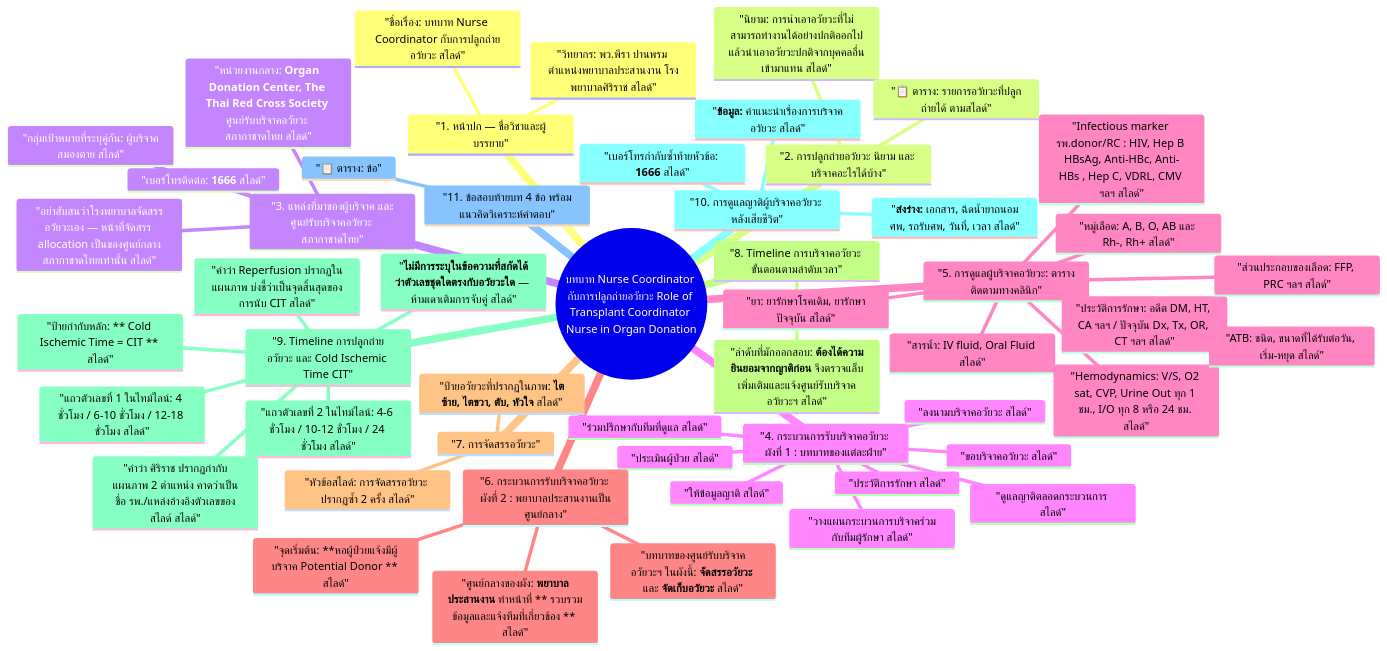
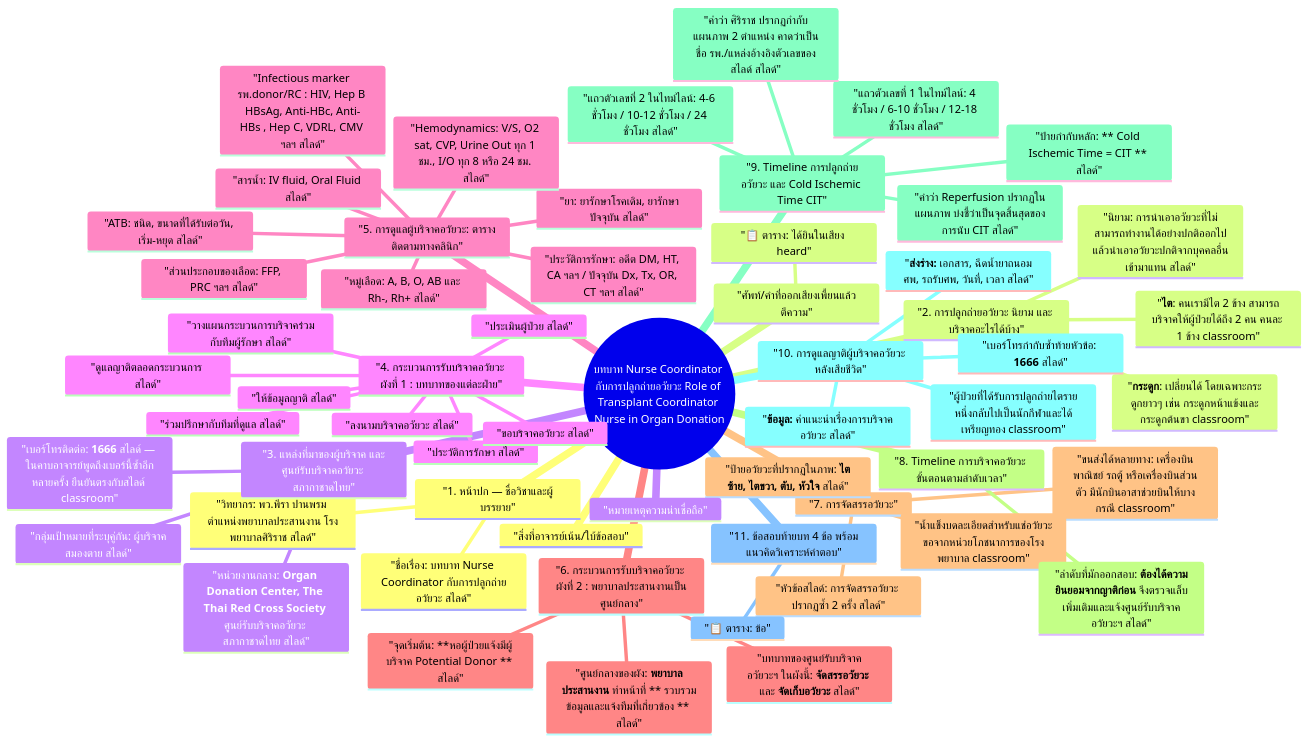
One commit to kttwatt/periop-mu55 changed the diagram in nurse-coordinator/2026-09-03-nurse-coordinator.mmd. Above: the diagram before and after it, drawn with Mermaid. The commit also changed 6 other files, not shown here.

```diff
--- a/nurse-coordinator/2026-09-03-nurse-coordinator.mmd
+++ b/nurse-coordinator/2026-09-03-nurse-coordinator.mmd
@@ -1,53 +1,59 @@
 mindmap
   root((บทบาท Nurse Coordinator กับการปลูกถ่ายอวัยวะ Role of Transplant Coordinator Nurse in Organ Donation))
     "1. หน้าปก — ชื่อวิชาและผู้บรรยาย"
       "ชื่อเรื่อง: บทบาท Nurse Coordinator กับการปลูกถ่ายอวัยวะ สไลด์"
       "วิทยากร: พว.พีรา ปานพรม ตำแหน่งพยาบาลประสานงาน โรงพยาบาลศิริราช สไลด์"
     "2. การปลูกถ่ายอวัยวะ นิยาม และ บริจาคอะไรได้บ้าง"
       "นิยาม: การนำเอาอวัยวะที่ไม่สามารถทำงานได้อย่างปกติออกไปแล้วนำเอาอวัยวะปกติจากบุคคลอื่นเข้ามาแทน สไลด์"
-      "📋 ตาราง: รายการอวัยวะที่ปลูกถ่ายได้ ตามสไลด์"
+      "**ไต**: คนเรามีไต 2 ข้าง สามารถบริจาคให้ผู้ป่วยได้ถึง 2 คน คนละ 1 ข้าง classroom"
+      "**กระดูก**: เปลี่ยนได้ โดยเฉพาะกระดูกยาวๆ เช่น กระดูกหน้าแข้งและกระดูกต้นขา classroom"
     "3. แหล่งที่มาของผู้บริจาค และศูนย์รับบริจาคอวัยวะ สภากาชาดไทย"
       "หน่วยงานกลาง: **Organ Donation Center, The Thai Red Cross Society** ศูนย์รับบริจาคอวัยวะ สภากาชาดไทย สไลด์"
-      "เบอร์โทรติดต่อ: **1666** สไลด์"
+      "เบอร์โทรติดต่อ: **1666** สไลด์ — ในคาบอาจารย์พูดถึงเบอร์นี้ซ้ำอีกหลายครั้ง ยืนยันตรงกับสไลด์ classroom"
       "กลุ่มเป้าหมายที่ระบุคู่กัน: ผู้บริจาคสมองตาย สไลด์"
-      "อย่าสับสนว่าโรงพยาบาลจัดสรรอวัยวะเอง — หน้าที่จัดสรร allocation เป็นของศูนย์กลางสภากาชาดไทยเท่านั้น สไลด์"
     "4. กระบวนการรับบริจาคอวัยวะ ผังที่ 1 : บทบาทของแต่ละฝ่าย"
       "ประเมินผู้ป่วย สไลด์"
       "ประวัติการรักษา สไลด์"
       "ร่วมปรึกษากับทีมที่ดูแล สไลด์"
       "วางแผนกระบวนการบริจาคร่วมกับทีมผู้รักษา สไลด์"
       "ให้ข้อมูลญาติ สไลด์"
       "ขอบริจาคอวัยวะ สไลด์"
       "ลงนามบริจาคอวัยวะ สไลด์"
       "ดูแลญาติตลอดกระบวนการ สไลด์"
     "5. การดูแลผู้บริจาคอวัยวะ: ตารางติดตามทางคลินิก"
       "ประวัติการรักษา: อดีต DM, HT, CA ฯลฯ / ปัจจุบัน Dx, Tx, OR, CT ฯลฯ สไลด์"
       "ยา: ยารักษาโรคเดิม, ยารักษาปัจจุบัน สไลด์"
       "สารน้ำ: IV fluid, Oral Fluid สไลด์"
       "Hemodynamics: V/S, O2 sat, CVP, Urine Out ทุก 1 ชม., I/O ทุก 8 หรือ 24 ชม. สไลด์"
       "หมู่เลือด: A, B, O, AB และ Rh-, Rh+ สไลด์"
       "ส่วนประกอบของเลือด: FFP, PRC ฯลฯ สไลด์"
       "ATB: ชนิด, ขนาดที่ได้รับต่อวัน, เริ่ม-หยุด สไลด์"
       "Infectious marker รพ.donor/RC : HIV, Hep B HBsAg, Anti-HBc, Anti-HBs , Hep C, VDRL, CMV ฯลฯ สไลด์"
     "6. กระบวนการรับบริจาคอวัยวะ ผังที่ 2 : พยาบาลประสานงานเป็นศูนย์กลาง"
       "จุดเริ่มต้น: **หอผู้ป่วยแจ้งมีผู้บริจาค Potential Donor ** สไลด์"
       "ศูนย์กลางของผัง: **พยาบาลประสานงาน** ทำหน้าที่ ** รวบรวมข้อมูลและแจ้งทีมที่เกี่ยวข้อง ** สไลด์"
       "บทบาทของศูนย์รับบริจาคอวัยวะฯ ในผังนี้: **จัดสรรอวัยวะ** และ **จัดเก็บอวัยวะ** สไลด์"
     "7. การจัดสรรอวัยวะ"
       "หัวข้อสไลด์: การจัดสรรอวัยวะ ปรากฏซ้ำ 2 ครั้ง สไลด์"
       "ป้ายอวัยวะที่ปรากฏในภาพ: **ไตซ้าย, ไตขวา, ตับ, หัวใจ** สไลด์"
+      "ขนส่งได้หลายทาง: เครื่องบินพาณิชย์ รถตู้ หรือเครื่องบินส่วนตัว มีนักบินอาสาช่วยบินให้บางกรณี classroom"
+      "น้ำแข็งบดละเอียดสำหรับแช่อวัยวะขอจากหน่วยโภชนาการของโรงพยาบาล classroom"
     "8. Timeline การบริจาคอวัยวะ ขั้นตอนตามลำดับเวลา"
       "ลำดับที่มักออกสอบ: **ต้องได้ความยินยอมจากญาติก่อน** จึงตรวจแล็บเพิ่มเติมและแจ้งศูนย์รับบริจาคอวัยวะฯ สไลด์"
     "9. Timeline การปลูกถ่ายอวัยวะ และ Cold Ischemic Time CIT"
       "ป้ายกำกับหลัก: ** Cold Ischemic Time = CIT ** สไลด์"
       "แถวตัวเลขที่ 1 ในไทม์ไลน์: 4 ชั่วโมง / 6-10 ชั่วโมง / 12-18 ชั่วโมง สไลด์"
       "แถวตัวเลขที่ 2 ในไทม์ไลน์: 4-6 ชั่วโมง / 10-12 ชั่วโมง / 24 ชั่วโมง สไลด์"
       "คำว่า Reperfusion ปรากฏในแผนภาพ บ่งชี้ว่าเป็นจุดสิ้นสุดของการนับ CIT สไลด์"
       "คำว่า ศิริราช ปรากฏกำกับแผนภาพ 2 ตำแหน่ง คาดว่าเป็นชื่อ รพ./แหล่งอ้างอิงตัวเลขของสไลด์ สไลด์"
-      "**ไม่มีการระบุในข้อความที่สกัดได้ว่าตัวเลขชุดใดตรงกับอวัยวะใด** — ห้ามเดาเติมการจับคู่ สไลด์"
     "10. การดูแลญาติผู้บริจาคอวัยวะ หลังเสียชีวิต"
       "**ข้อมูล:** คำแนะนำเรื่องการบริจาคอวัยวะ สไลด์"
       "**ส่งร่าง:** เอกสาร, ฉีดน้ำยาถนอมศพ, รถรับศพ, วันที่, เวลา สไลด์"
       "เบอร์โทรกำกับซ้ำท้ายหัวข้อ: **1666** สไลด์"
+      "ผู้ป่วยที่ได้รับการปลูกถ่ายไตรายหนึ่งกลับไปเป็นนักกีฬาและได้เหรียญทอง classroom"
     "11. ข้อสอบท้ายบท 4 ข้อ พร้อมแนวคิดวิเคราะห์คำตอบ"
       "📋 ตาราง: ข้อ"
+    "สิ่งที่อาจารย์เน้น/ใบ้ข้อสอบ"
+    "ศัพท์/คำที่ออกเสียงเพี้ยนแล้วตีความ"
+      "📋 ตาราง: ได้ยินในเสียง heard"
+    "หมายเหตุความน่าเชื่อถือ"
```
